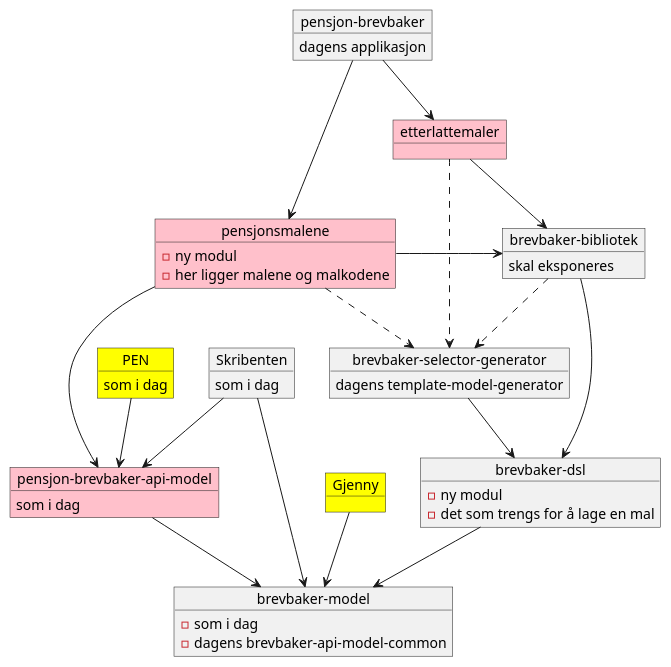
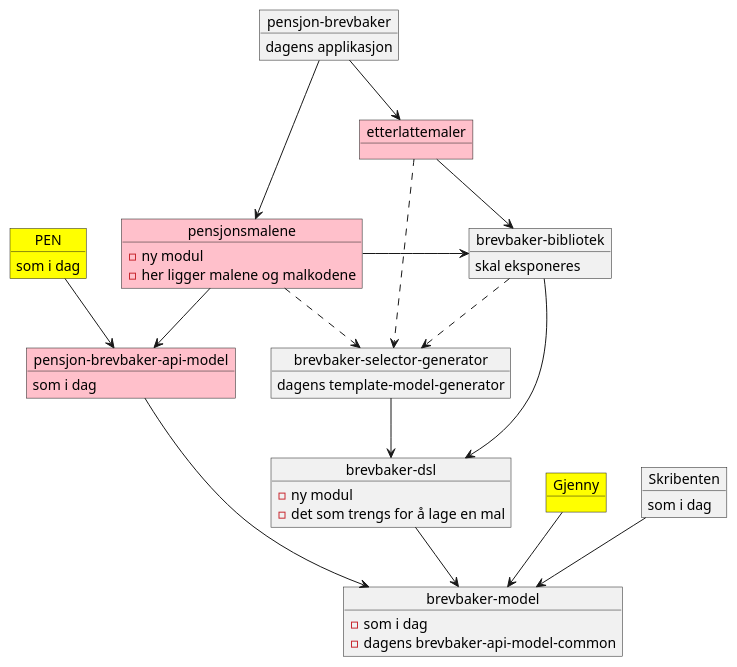
Before and after one commit to navikt/pensjonsbrev: the diagram in docs/moduldiagram.puml, drawn with PlantUML. The commit also changed 6 other files, not shown here.

```diff
--- a/docs/moduldiagram.puml
+++ b/docs/moduldiagram.puml
@@ -1,56 +1,55 @@
 @startuml
 
 object "pensjon-brevbaker" as brevbaker
 brevbaker : dagens applikasjon
 
 object pensjonsmalene #pink
 pensjonsmalene : - ny modul
 pensjonsmalene : - her ligger malene og malkodene
 
 object "etterlattemaler" as etterlatte #pink
 
 object "pensjon-brevbaker-api-model" as apimodel #pink
 apimodel : som i dag
 
 object "brevbaker-dsl" as dsl
 dsl : - ny modul
 dsl : - det som trengs for å lage en mal
 
 object "brevbaker-bibliotek" as bibliotek
 bibliotek : skal eksponeres
 
 object Gjenny #yellow
 
 object "brevbaker-model" as modelcommon
 modelcommon : - som i dag
 modelcommon : - dagens brevbaker-api-model-common
 
 object "brevbaker-selector-generator" as tmg
 tmg : dagens template-model-generator
 
 object PEN #yellow
 PEN : som i dag
 
 object Skribenten
 Skribenten : som i dag
 
 bibliotek --> dsl
 brevbaker --> pensjonsmalene
 brevbaker --> etterlatte
 pensjonsmalene --> apimodel
 pensjonsmalene -> bibliotek
 etterlatte --> bibliotek
 apimodel --> modelcommon
 dsl --> modelcommon
 tmg --> dsl
 etterlatte ..> tmg
 pensjonsmalene ..> tmg
 bibliotek ..> tmg
 
 PEN --> apimodel
 Gjenny --> modelcommon
 
 Skribenten --> modelcommon
-Skribenten --> apimodel
 
 @enduml
```
